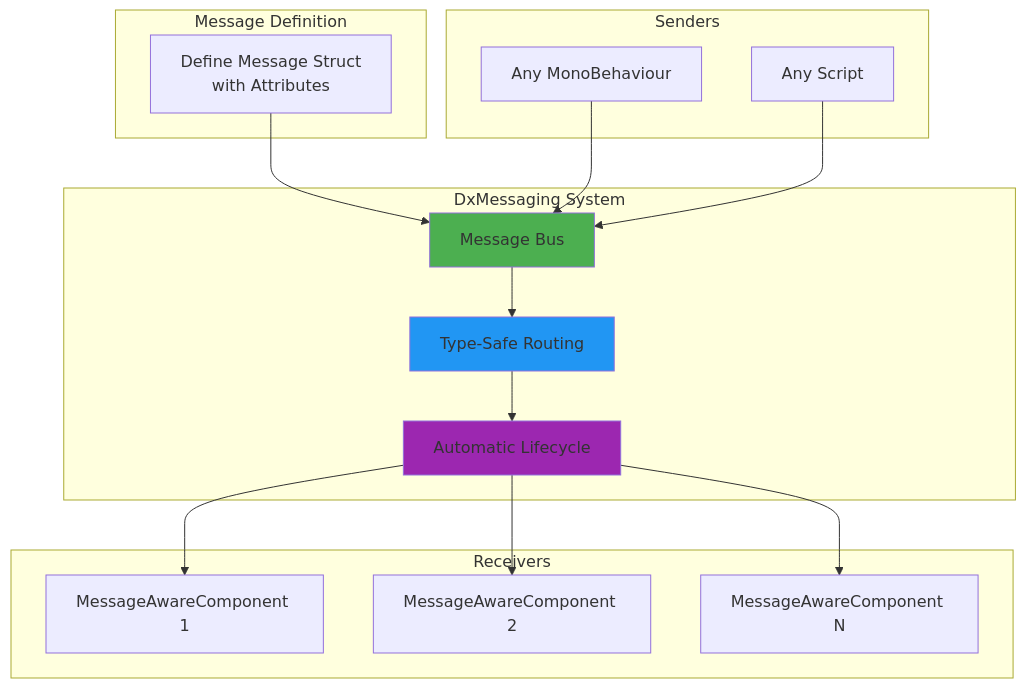
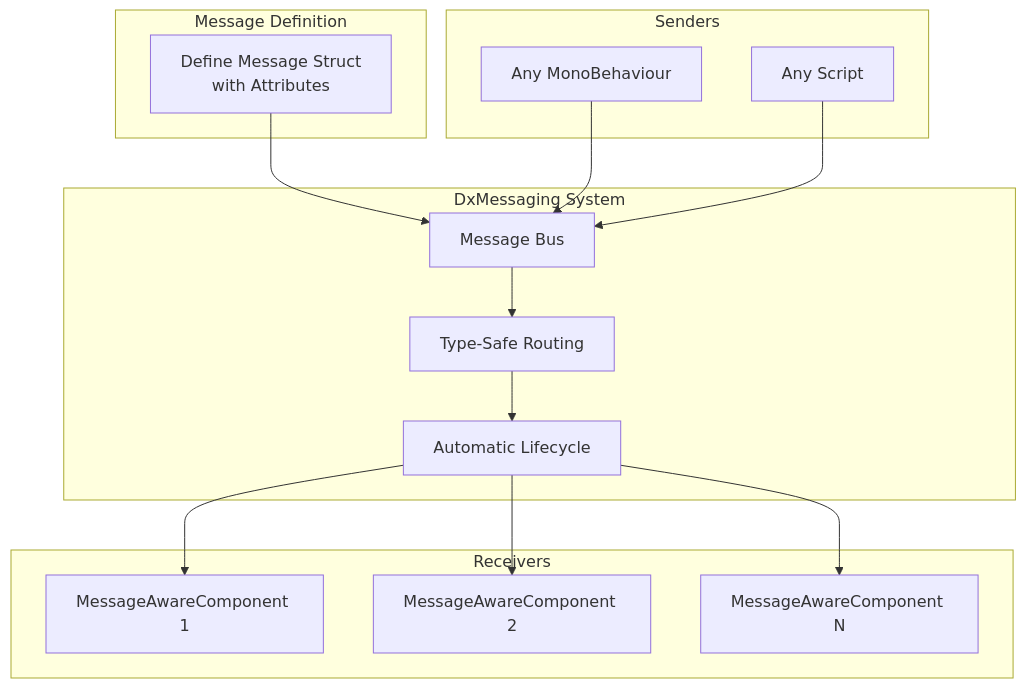
The first of 2 diagrams in docs/dxmessaging/README.md (wallstop/unity-tips), drawn with Mermaid before and after one commit. The commit also changed other lines of this file and 27 other files, not shown here.

Commit message:
Convert ASCII diagrams to Mermaid format (#30)

````diff
--- a/docs/dxmessaging/README.md
+++ b/docs/dxmessaging/README.md
@@ -337,36 +337,33 @@
 ```mermaid
 graph TB
     subgraph "Message Definition"
         A[Define Message Struct<br/>with Attributes]
     end
 
     subgraph "Senders"
         B[Any MonoBehaviour]
         C[Any Script]
     end
 
     subgraph "DxMessaging System"
         D[Message Bus]
         E[Type-Safe Routing]
         F[Automatic Lifecycle]
     end
 
     subgraph "Receivers"
         G[MessageAwareComponent 1]
         H[MessageAwareComponent 2]
         I[MessageAwareComponent N]
     end
 
     A --> D
     B --> D
     C --> D
     D --> E
     E --> F
     F --> G
     F --> H
     F --> I
 
-    style D fill:#4CAF50
-    style E fill:#2196F3
-    style F fill:#9C27B0
 ```
````
